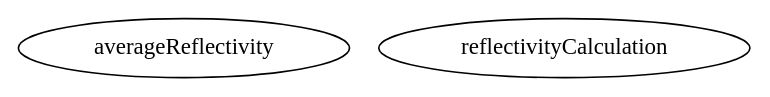
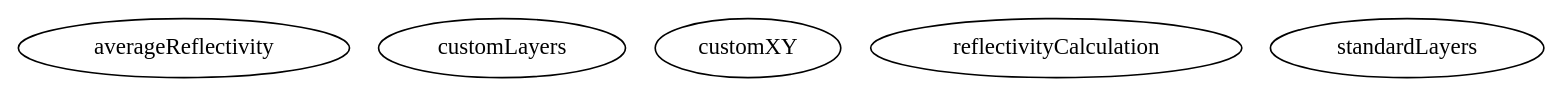
The diagram in master/api_reference/targetFunctions/+domainsTF/graph.dot (RascalSoftware/RAT), drawn with Graphviz before and after one commit. The commit also changed 313 other files, not shown here.

```diff
--- a/master/api_reference/targetFunctions/+domainsTF/graph.dot
+++ b/master/api_reference/targetFunctions/+domainsTF/graph.dot
@@ -1,6 +1,9 @@
 /* Created by mdot for Matlab */
 digraph m2html {
 
   averageReflectivity [URL="averageReflectivity.html"];
+  customLayers [URL="customLayers.html"];
+  customXY [URL="customXY.html"];
   reflectivityCalculation [URL="reflectivityCalculation.html"];
+  standardLayers [URL="standardLayers.html"];
 }
```
